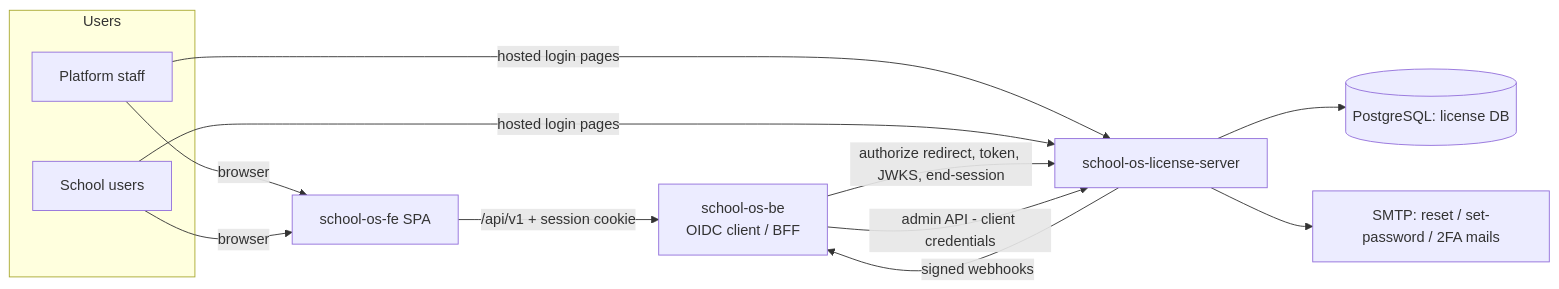
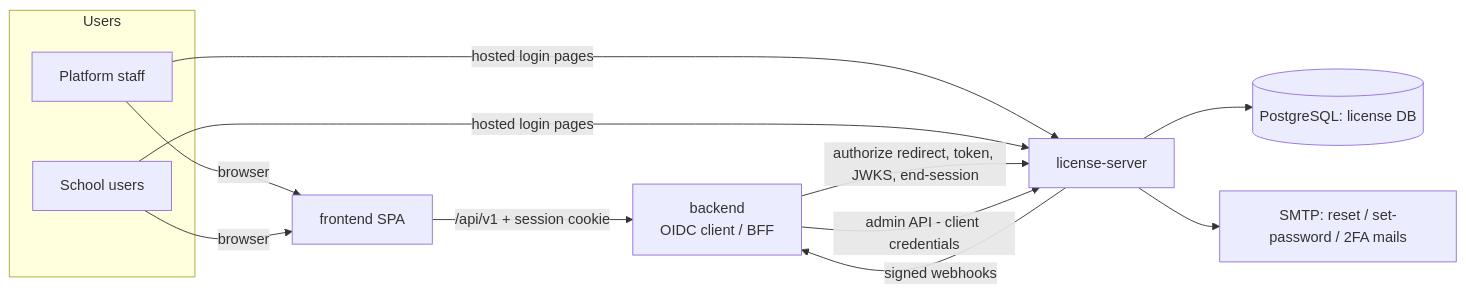
The diagram in license-server/docs/architecture.md (subashrs31/School-OS), drawn with Mermaid before and after one commit. The commit also changed other lines of this file and 18 other files, not shown here.

````diff
--- a/license-server/docs/architecture.md
+++ b/license-server/docs/architecture.md
@@ -8,15 +8,15 @@
 ```mermaid
 flowchart LR
   subgraph Users
     PU[Platform staff]
     SU[School users]
   end
-  PU & SU -->|browser| FE[school-os-fe SPA]
+  PU & SU -->|browser| FE[frontend SPA]
   PU & SU -->|hosted login pages| LS
-  FE -->|/api/v1 + session cookie| BE[school-os-be<br/>OIDC client / BFF]
-  BE -->|authorize redirect, token, JWKS, end-session| LS[school-os-license-server]
+  FE -->|/api/v1 + session cookie| BE[backend<br/>OIDC client / BFF]
+  BE -->|authorize redirect, token, JWKS, end-session| LS[license-server]
   BE -->|admin API - client credentials| LS
   LS -->|signed webhooks| BE
   LS --> DB[(PostgreSQL: license DB)]
   LS --> SMTP[SMTP: reset / set-password / 2FA mails]
 ```
````
